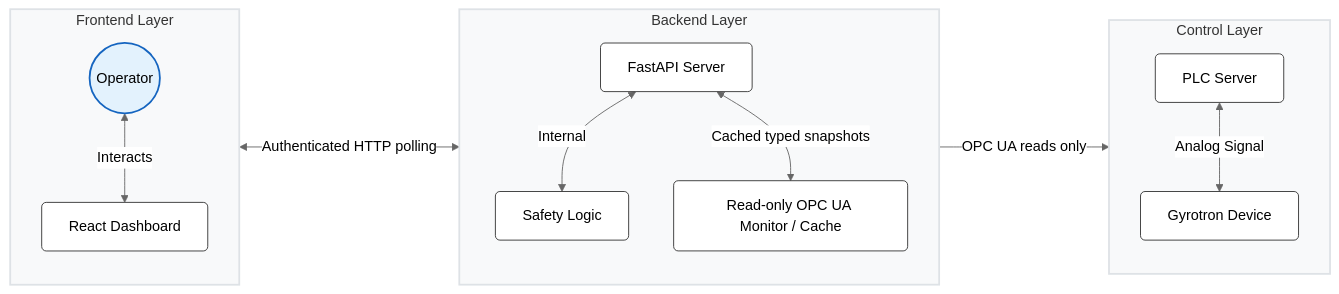
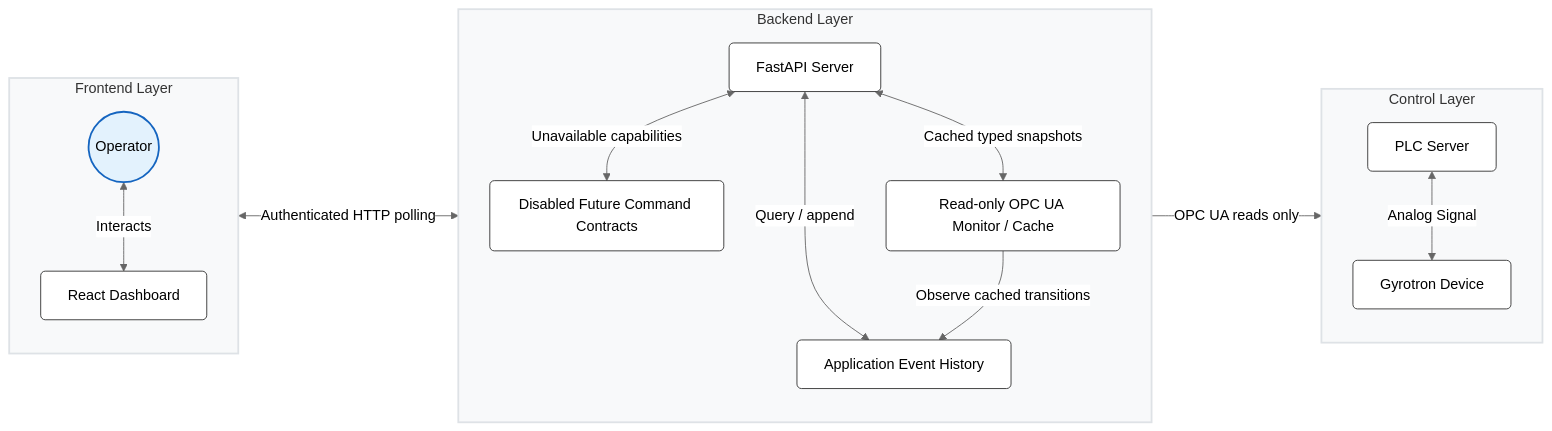
The diagram in README.md (BigDedoo/Gyrotron_control), drawn with Mermaid (neutral theme) before and after one commit. The commit also changed other lines of this file and 21 other files, not shown here.

First line of the commit message:
Phase 4: add persistent event history and command safety contracts

````diff
--- a/README.md
+++ b/README.md
@@ -22,45 +23,48 @@
 ```mermaid
 graph LR
     %% User Interface Layer
     subgraph Frontend ["Frontend Layer"]
         direction TB
         Operator((Operator))
         UI[React Dashboard]
         
         Operator <-->|Interacts| UI
     end
 
     %% Application Layer
     subgraph Backend ["Backend Layer"]
         direction TB
         API[FastAPI Server]
-        Safety[Safety Logic]
+        Events[Application Event History]
+        Contracts[Disabled Future Command Contracts]
         OPC[Read-only OPC UA Monitor / Cache]
 
-        API <-->|Internal| Safety
+        API <-->|Query / append| Events
+        API <-->|Unavailable capabilities| Contracts
         API <-->|Cached typed snapshots| OPC
+        OPC -->|Observe cached transitions| Events
     end
 
     %% Hardware Control Layer
     subgraph Control ["Control Layer"]
         direction TB
         PLC[PLC Server]
         Gyrotron[Gyrotron Device]
         
         PLC <-->|Analog Signal| Gyrotron
     end
 
     %% Inter-layer Communication
     UI <-->|Authenticated HTTP polling| API
     OPC -->|OPC UA reads only| PLC
 
     %% Styling
     classDef box fill:#ffffff,stroke:#333,stroke-width:1px,rx:5,ry:5;
-    class UI,API,Safety,OPC,PLC,Gyrotron box;
+    class UI,API,Events,Contracts,OPC,PLC,Gyrotron box;
     classDef person fill:#e3f2fd,stroke:#1565c0,stroke-width:2px;
     class Operator person;
     
     style Frontend fill:#f8f9fa,stroke:#dee2e6,stroke-width:2px
     style Backend fill:#f8f9fa,stroke:#dee2e6,stroke-width:2px
     style Control fill:#f8f9fa,stroke:#dee2e6,stroke-width:2px
 ```
````
